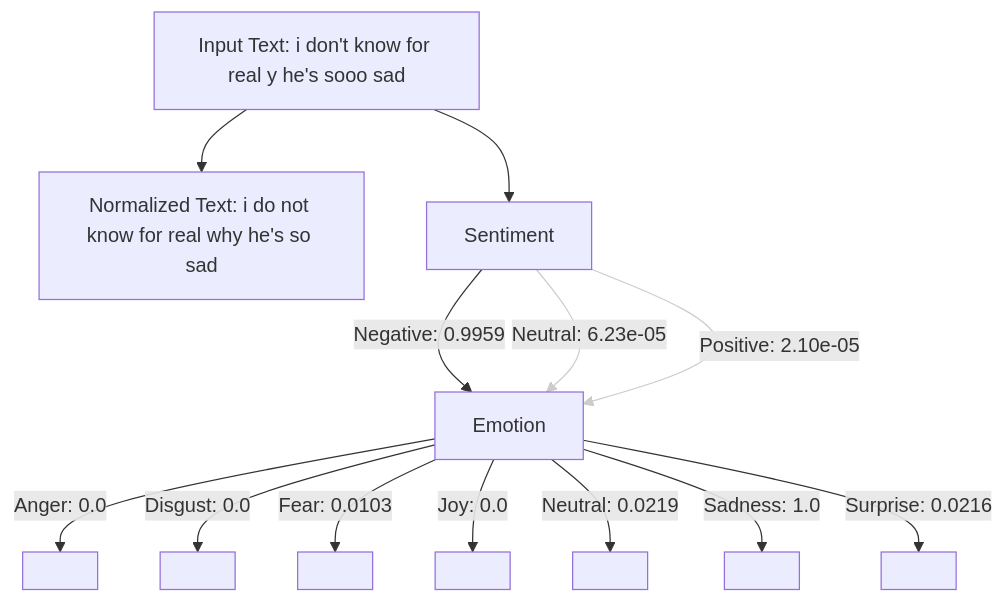
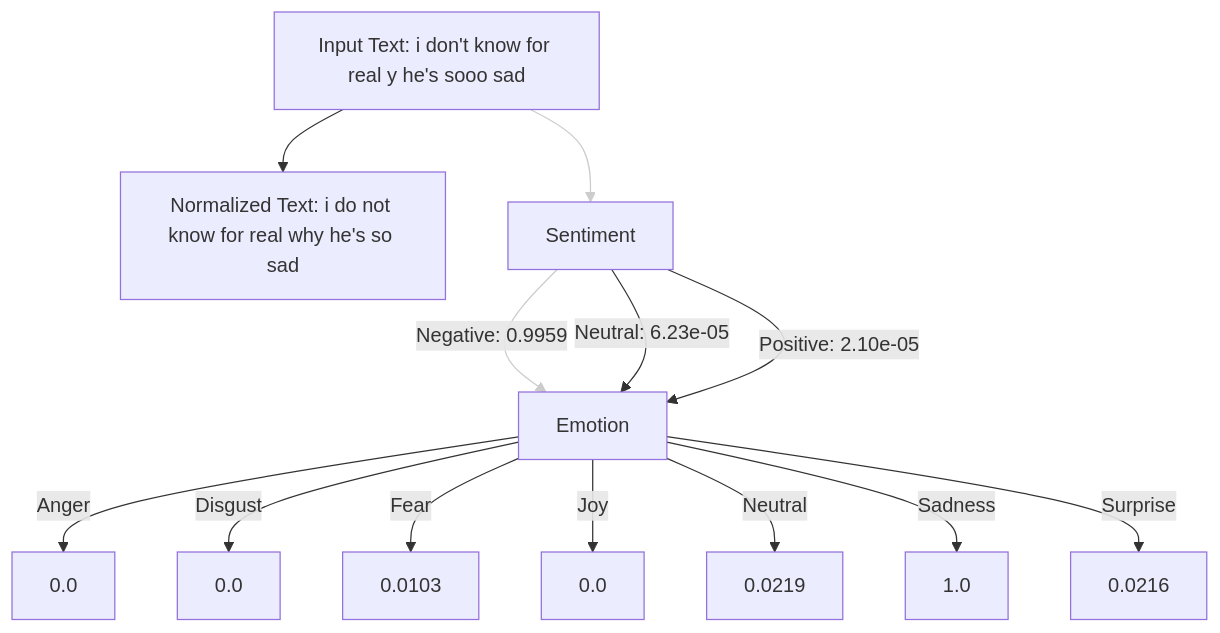
One commit to ArchismanKarmakar/Tachygraphy-Microtext-Analysis-And-Normalization changed the first of 3 diagrams in README.md. Above: the diagram before and after it, drawn with Mermaid. The commit also changed other lines of this file, not shown here.

````diff
--- a/README.md
+++ b/README.md
@@ -72,27 +72,29 @@
 ```mermaid
 graph TD;
     A["Input Text: i don't know for real y he's sooo sad"]
     B["Normalized Text: i do not know for real why he's so sad"]
     C["Sentiment"]
-    
-    C -- Negative: 0.9959 --> G["Emotion"]
-    C -- Neutral: 6.23e-05 --> G
-    C -- Positive: 2.10e-05 --> G
-
-    G -- Anger: 0.0 --> H[" "]
-    G -- Disgust: 0.0 --> I[" "]
-    G -- Fear: 0.0103 --> J[" "]
-    G -- Joy: 0.0 --> K[" "]
-    G -- Neutral: 0.0219 --> L[" "]
-    G -- Sadness: 1.0 --> M[" "]
-    G -- Surprise: 0.0216 --> N[" "]
+    G["Emotion"]
 
     A --> B
     A --> C
+
+    C -- "Negative: 0.9959" --> G
+    C -- "Neutral: 6.23e-05" --> G
+    C -- "Positive: 2.10e-05" --> G
+
+    G -- "Anger" --> H["0.0"]
+    G -- "Disgust" --> I["0.0"]
+    G -- "Fear" --> J["0.0103"]
+    G -- "Joy" --> K["0.0"]
+    G -- "Neutral" --> L["0.0219"]
+    G -- "Sadness" --> M["1.0"]
+    G -- "Surprise" --> N["0.0216"]
 
 %% Style the edges from "Neutral" and "Positive" to "Emotion" with a lighter stroke.
 linkStyle 1 stroke:#cccccc, stroke-width:1px;
 linkStyle 2 stroke:#cccccc, stroke-width:1px;
 
 
+
 ```
````
